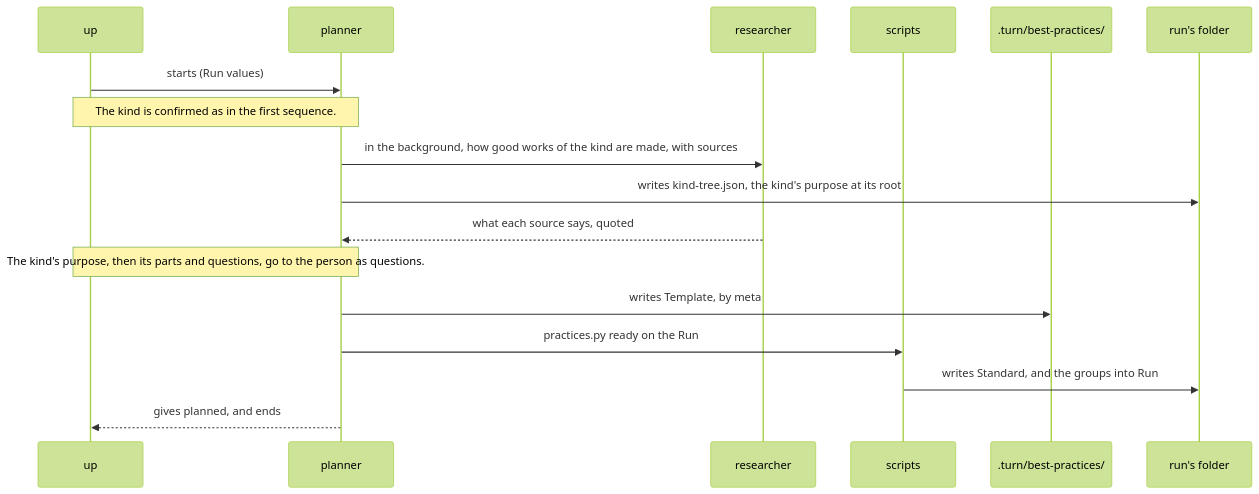
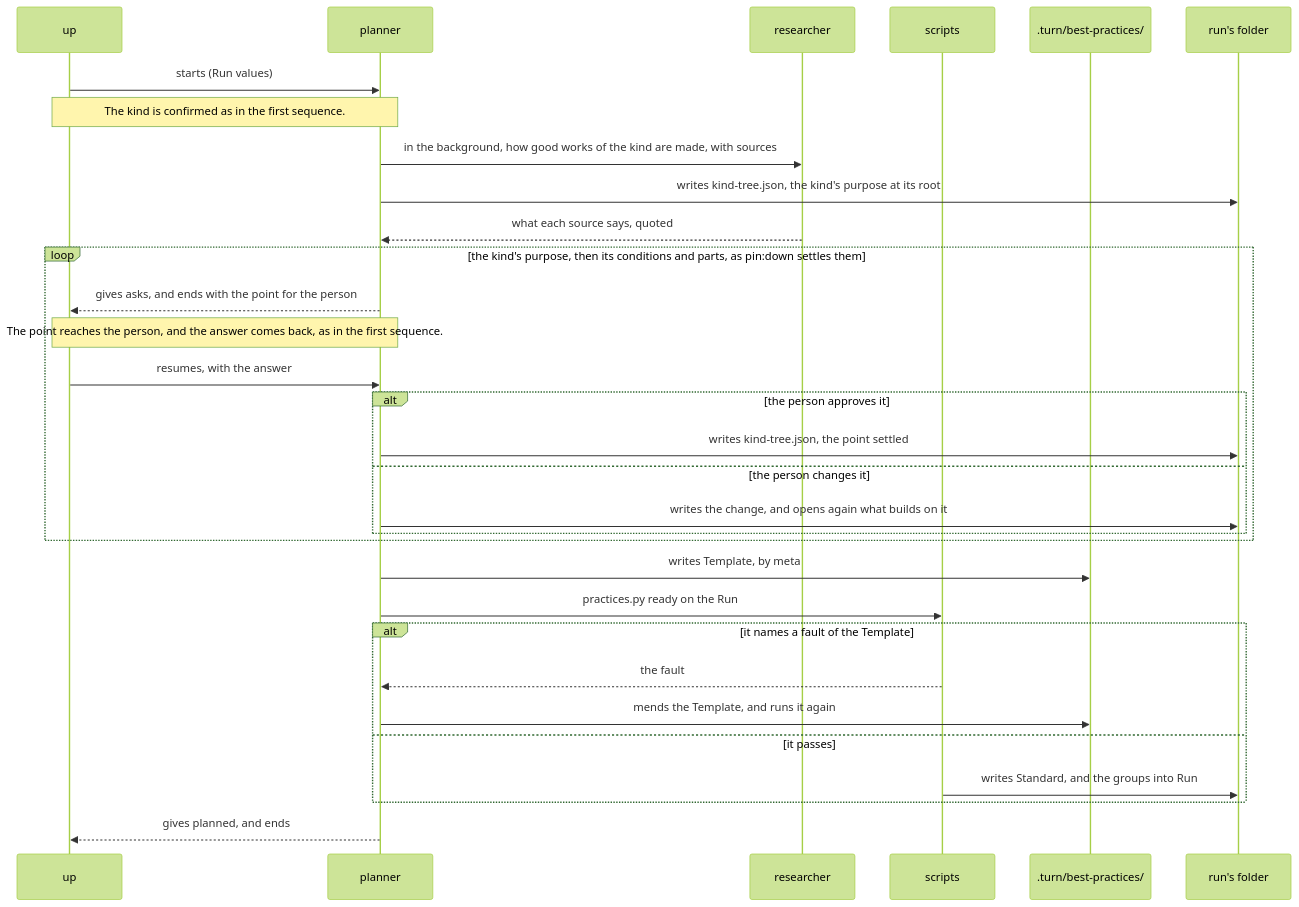
Before and after one commit to lovaizu/ccpm: the sixth of 9 diagrams in dev/turn/architecture.md, drawn with Mermaid (forest theme). The commit also changed other lines of this file and 4 other files, not shown here.

````diff
--- a/dev/turn/architecture.md
+++ b/dev/turn/architecture.md
@@ -461,19 +521,33 @@
 ```mermaid
 sequenceDiagram
   participant U as up
   participant PL as planner
   participant RS as researcher
   participant S as scripts
   participant T as .turn/best-practices/
   participant F as run's folder
   U->>PL: starts (Run values)
   Note over U,PL: The kind is confirmed as in the first sequence.
   PL->>RS: in the background, how good works of the kind are made, with sources
   PL->>F: writes kind-tree.json, the kind's purpose at its root
   RS-->>PL: what each source says, quoted
-  Note over U,PL: The kind's purpose, then its parts and questions, go to the person as questions.
+  loop the kind's purpose, then its conditions and parts, as pin:down settles them
+    PL-->>U: gives asks, and ends with the point for the person
+    Note over U,PL: The point reaches the person, and the answer comes back, as in the first sequence.
+    U->>PL: resumes, with the answer
+    alt the person approves it
+      PL->>F: writes kind-tree.json, the point settled
+    else the person changes it
+      PL->>F: writes the change, and opens again what builds on it
+    end
+  end
   PL->>T: writes Template, by meta
   PL->>S: practices.py ready on the Run
-  S->>F: writes Standard, and the groups into Run
+  alt it names a fault of the Template
+    S-->>PL: the fault
+    PL->>T: mends the Template, and runs it again
+  else it passes
+    S->>F: writes Standard, and the groups into Run
+  end
   PL-->>U: gives planned, and ends
 ```
````
